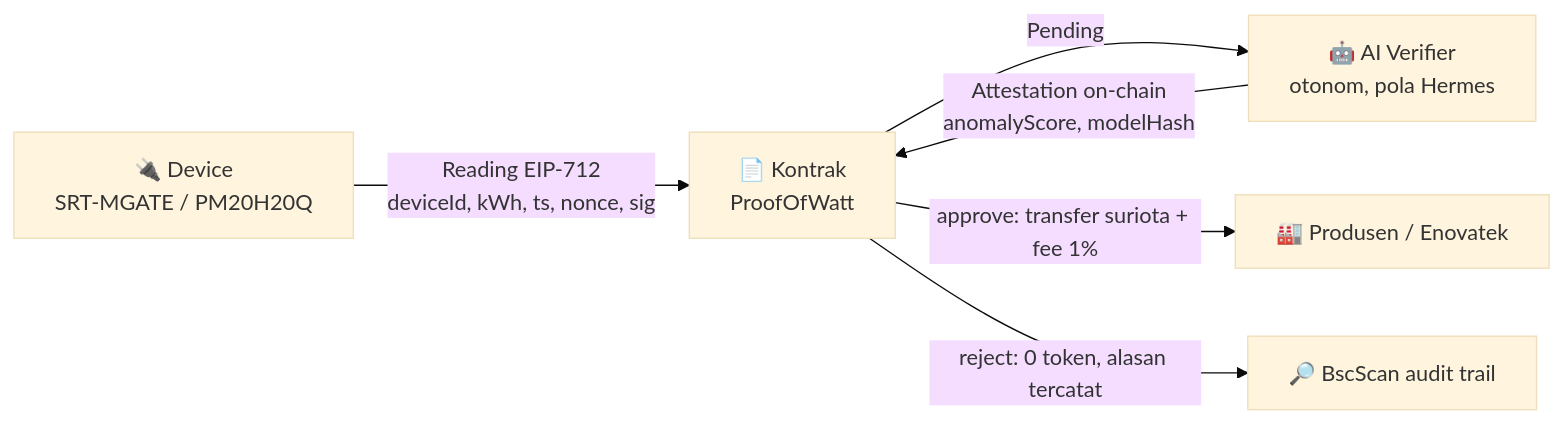
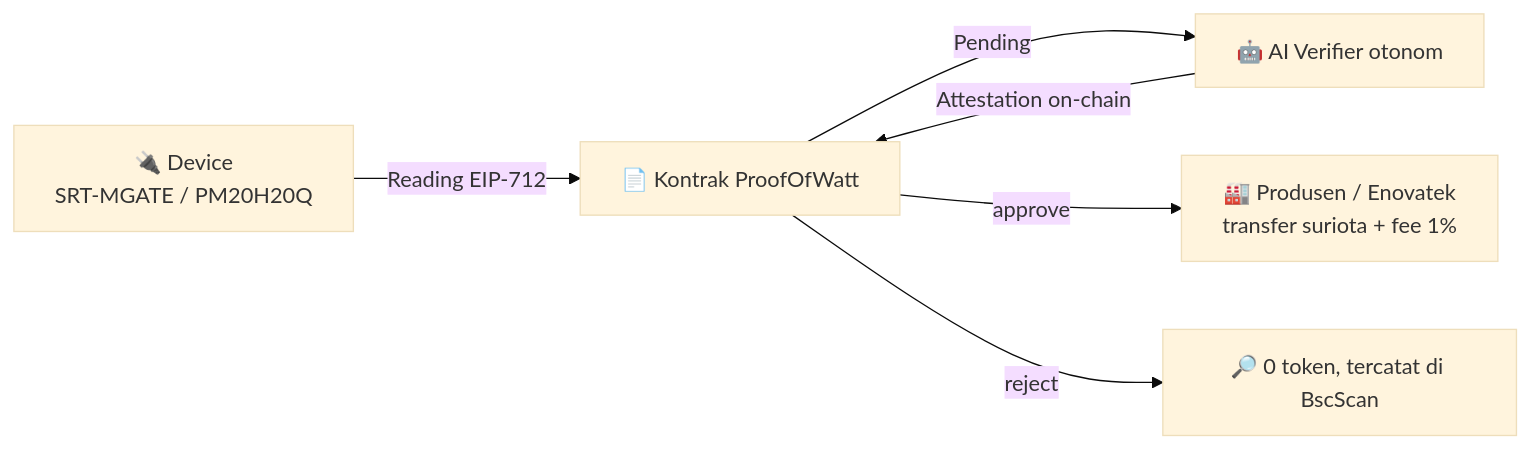
One commit to GifariKemal/wattsettle changed the diagram in README.md. Above: the diagram before and after it, drawn with Mermaid (base theme). The commit also changed 10 other files, not shown here.

First line of the commit message:
docs: badge shields.io di semua doc + perbaiki mermaid agar render di GitHub

````diff
--- a/README.md
+++ b/README.md
@@ -62,8 +62,8 @@
 ```mermaid
 flowchart LR
-  D["🔌 Device<br/>SRT-MGATE / PM20H20Q"] -->|"Reading EIP-712<br/>deviceId, kWh, ts, nonce, sig"| C["📄 Kontrak<br/>ProofOfWatt"]
-  C -->|Pending| V["🤖 AI Verifier<br/>otonom, pola Hermes"]
-  V -->|"Attestation on-chain<br/>anomalyScore, modelHash"| C
-  C -->|"approve: transfer suriota + fee 1%"| P["🏭 Produsen / Enovatek"]
-  C -->|"reject: 0 token, alasan tercatat"| X["🔎 BscScan audit trail"]
+  D["🔌 Device<br>SRT-MGATE / PM20H20Q"] -->|Reading EIP-712| C["📄 Kontrak ProofOfWatt"]
+  C -->|Pending| V["🤖 AI Verifier otonom"]
+  V -->|Attestation on-chain| C
+  C -->|approve| P["🏭 Produsen / Enovatek<br>transfer suriota + fee 1%"]
+  C -->|reject| X["🔎 0 token, tercatat di BscScan"]
 ```
````
